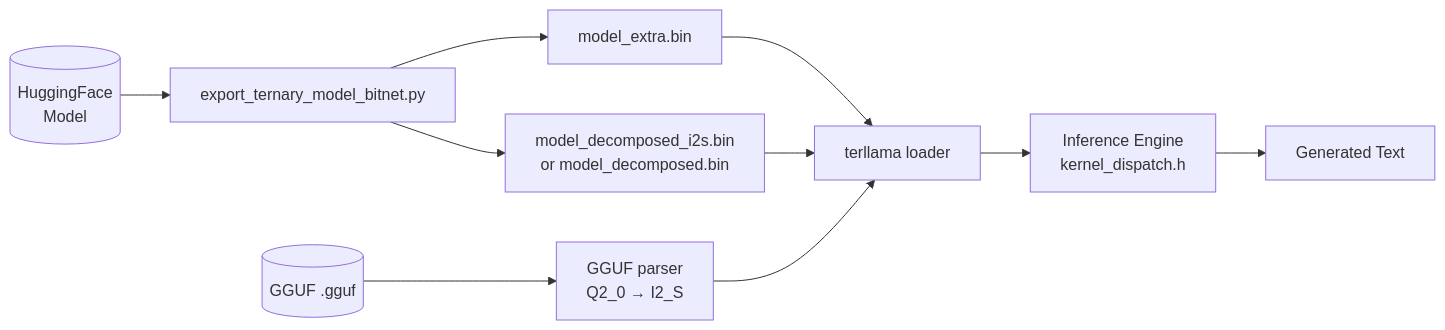
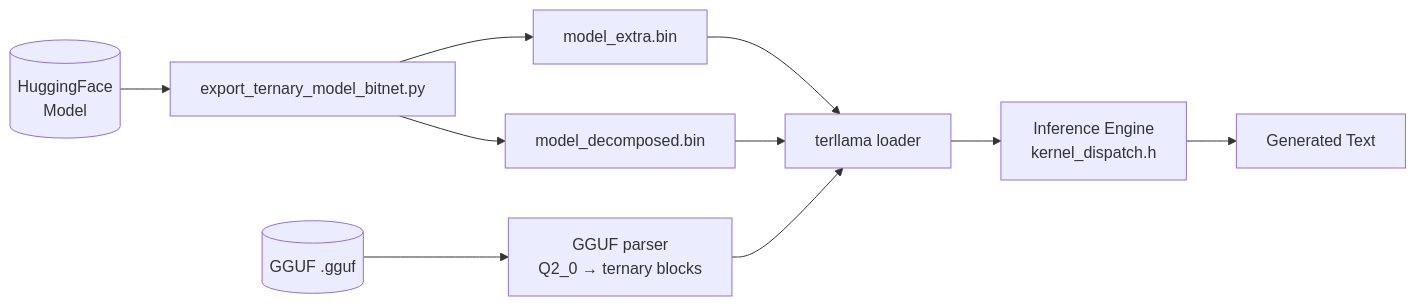
Before and after one commit to MrHyplex9511/Terllama: the diagram in docs/ARCHITECTURE.md, drawn with Mermaid. The commit also changed other lines of this file and 9 other files, not shown here.

Commit message:
fix: remove legacy i2s file format + CLI/docs refs (loader requires ALS, no I2S_ fallback; pull fmt als|gguf; docs rewritten)

````diff
--- a/docs/ARCHITECTURE.md
+++ b/docs/ARCHITECTURE.md
@@ -348,12 +318,12 @@
 ```mermaid
 flowchart LR
     HF[(HuggingFace\nModel)] --> export[export_ternary_model_bitnet.py]
     export --> extra[model_extra.bin]
-    export --> i2s[model_decomposed_i2s.bin\nor model_decomposed.bin]
+    export --> als[model_decomposed.bin]
     extra --> loader[terllama loader]
-    i2s --> loader
-    GGUF[(GGUF .gguf)] --> GGUFparse[GGUF parser\nQ2_0 → I2_S]
+    als --> loader
+    GGUF[(GGUF .gguf)] --> GGUFparse[GGUF parser\nQ2_0 → ternary blocks]
     GGUFparse --> loader
     loader --> engine[Inference Engine\nkernel_dispatch.h]
     engine --> output[Generated Text]
 ```
````
